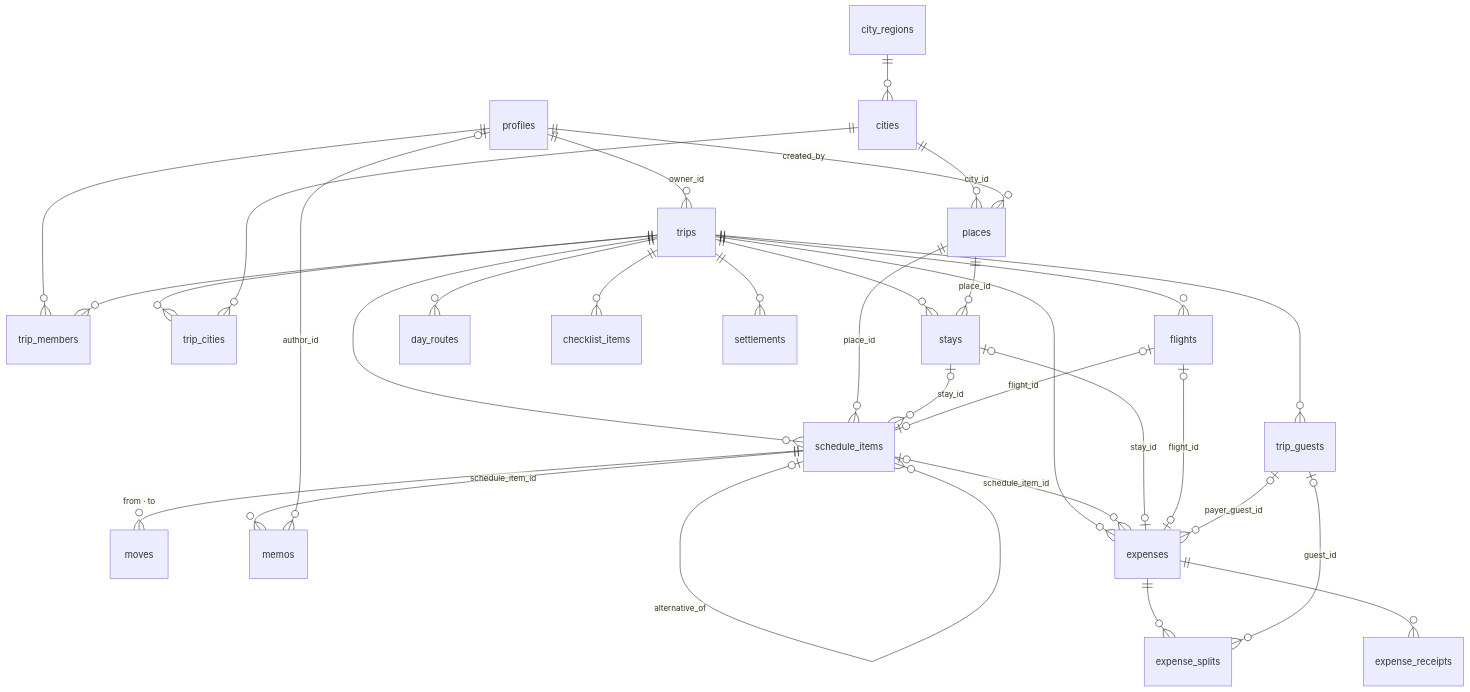
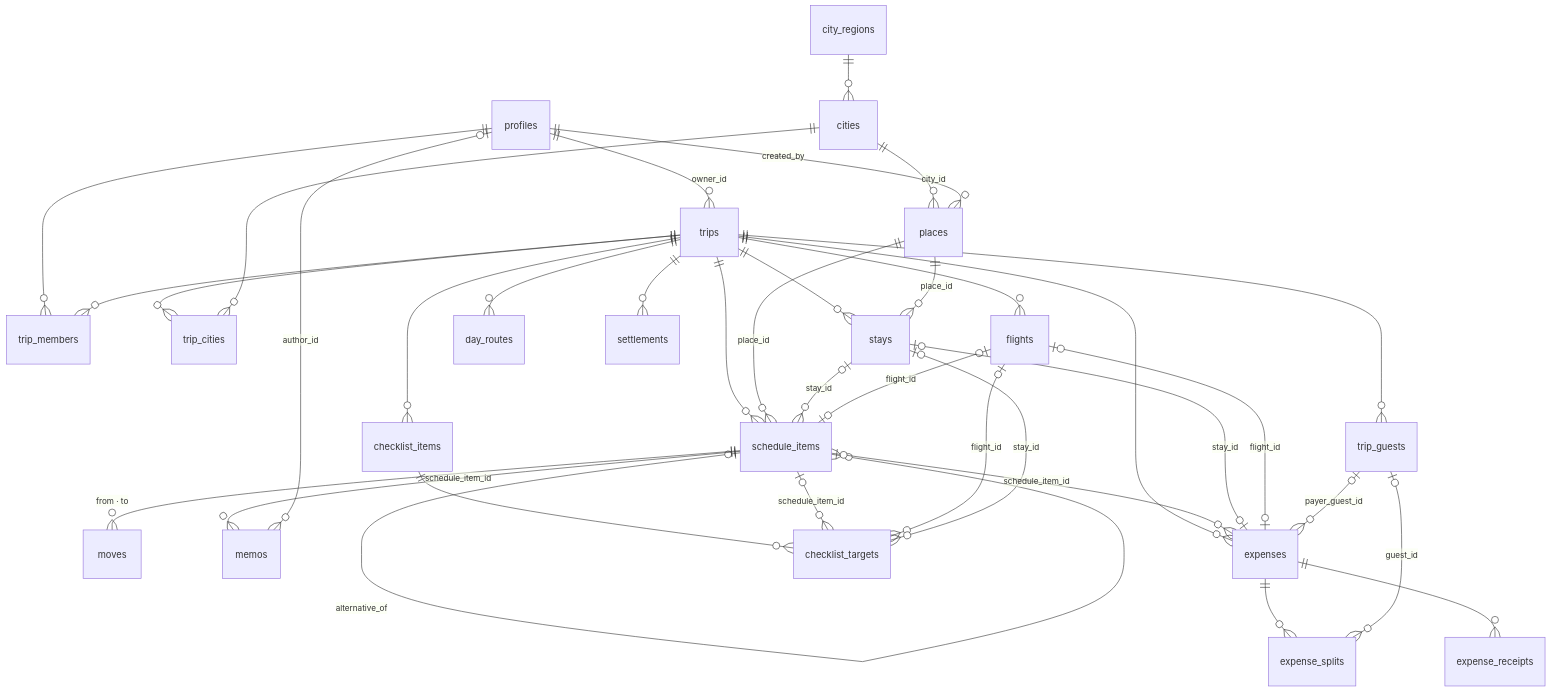
Before and after one commit to JayeHa/tripmate: the diagram in docs/policies/data-model.md, drawn with Mermaid. The commit also changed other lines of this file and 28 other files, not shown here.

````diff
--- a/docs/policies/data-model.md
+++ b/docs/policies/data-model.md
@@ -22,34 +22,38 @@
 ```mermaid
 erDiagram
   profiles ||--o{ trips : "owner_id"
   profiles ||--o{ trip_members : ""
   trips ||--o{ trip_members : ""
   trips ||--o{ trip_cities : ""
   cities ||--o{ trip_cities : ""
   city_regions ||--o{ cities : ""
   cities ||--o{ places : "city_id"
   profiles ||--o{ places : "created_by"
   trips ||--o{ schedule_items : ""
   places ||--o{ schedule_items : "place_id"
   trips ||--o{ stays : ""
   places ||--o{ stays : "place_id"
   stays |o--o{ schedule_items : "stay_id"
   trips ||--o{ flights : ""
   flights |o--o| schedule_items : "flight_id"
   schedule_items |o--o{ schedule_items : "alternative_of"
   schedule_items ||--o{ moves : "from · to"
   schedule_items ||--o{ memos : "schedule_item_id"
   profiles |o--o{ memos : "author_id"
   trips ||--o{ day_routes : ""
   trips ||--o{ expenses : ""
   schedule_items |o--o{ expenses : "schedule_item_id"
   stays |o--o| expenses : "stay_id"
   flights |o--o| expenses : "flight_id"
   trips ||--o{ checklist_items : ""
+  checklist_items ||--o{ checklist_targets : ""
+  schedule_items |o--o{ checklist_targets : "schedule_item_id"
+  flights |o--o{ checklist_targets : "flight_id"
+  stays |o--o{ checklist_targets : "stay_id"
   expenses ||--o{ expense_splits : ""
   trip_guests |o--o{ expenses : "payer_guest_id"
   trip_guests |o--o{ expense_splits : "guest_id"
   trips ||--o{ trip_guests : ""
   trips ||--o{ settlements : ""
   expenses ||--o{ expense_receipts : ""
 ```
````
